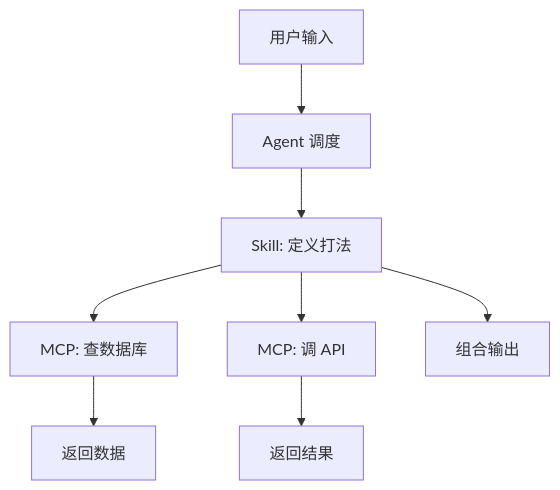
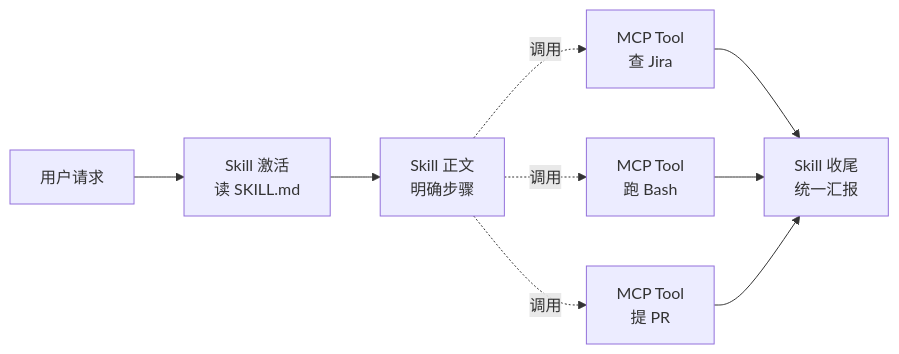
One commit to zenHeart/learn-ai changed the first of 2 diagrams in ppts/skill-mcp/03.integration.md. Above: the diagram before and after it, drawn with Mermaid. The commit also changed other lines of this file and 31 other files, not shown here.

Commit message:
fix: add skill mcp draft

````diff
--- a/ppts/skill-mcp/03.integration.md
+++ b/ppts/skill-mcp/03.integration.md
@@ -19,10 +90,9 @@
 ```mermaid
-graph TD
-    User[用户输入] --> Agent[Agent 调度]
-    Agent --> Skill[Skill: 定义打法]
-    Skill --> MCP1[MCP: 查数据库]
-    Skill --> MCP2[MCP: 调 API]
-    MCP1 --> Result1[返回数据]
-    MCP2 --> Result2[返回结果]
-    Skill --> Final[组合输出]
+flowchart LR
+  U[用户请求] --> S[Skill 激活<br>读 SKILL.md]
+  S --> P[Skill 正文<br>明确步骤]
+  P -.调用.-> T1[MCP Tool<br>查 Jira]
+  P -.调用.-> T2[MCP Tool<br>跑 Bash]
+  P -.调用.-> T3[MCP Tool<br>提 PR]
+  T1 & T2 & T3 --> R[Skill 收尾<br>统一汇报]
 ```
````
